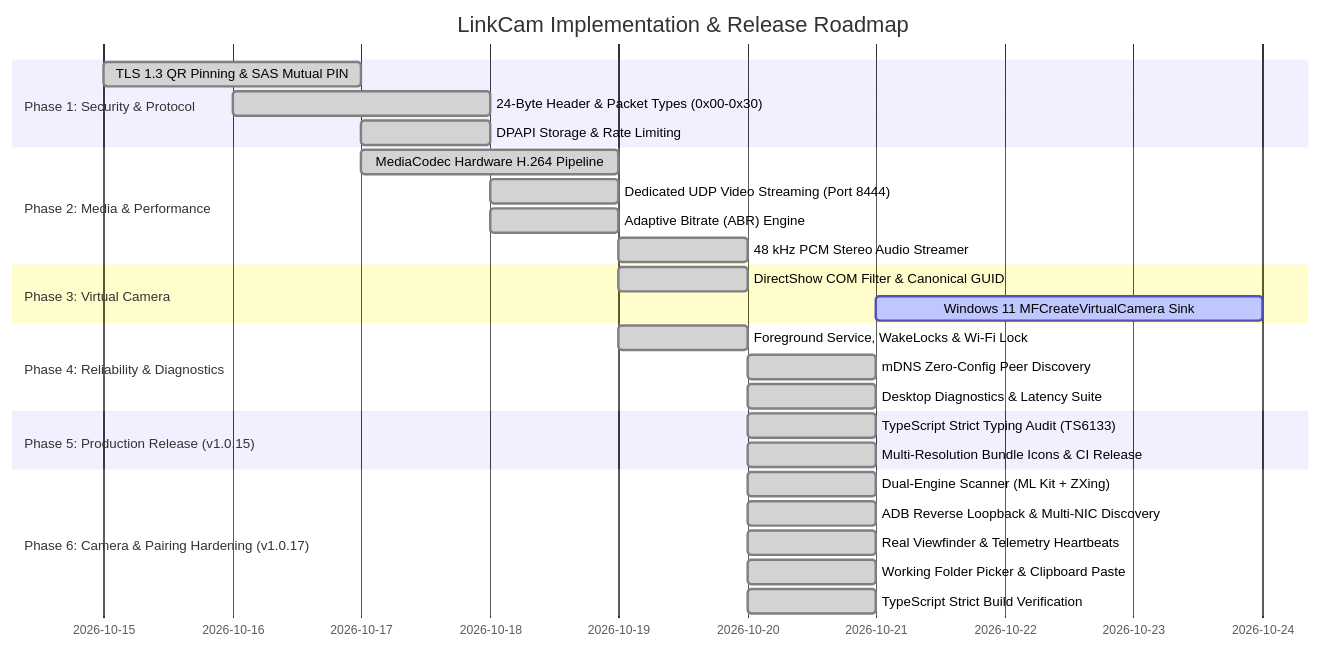
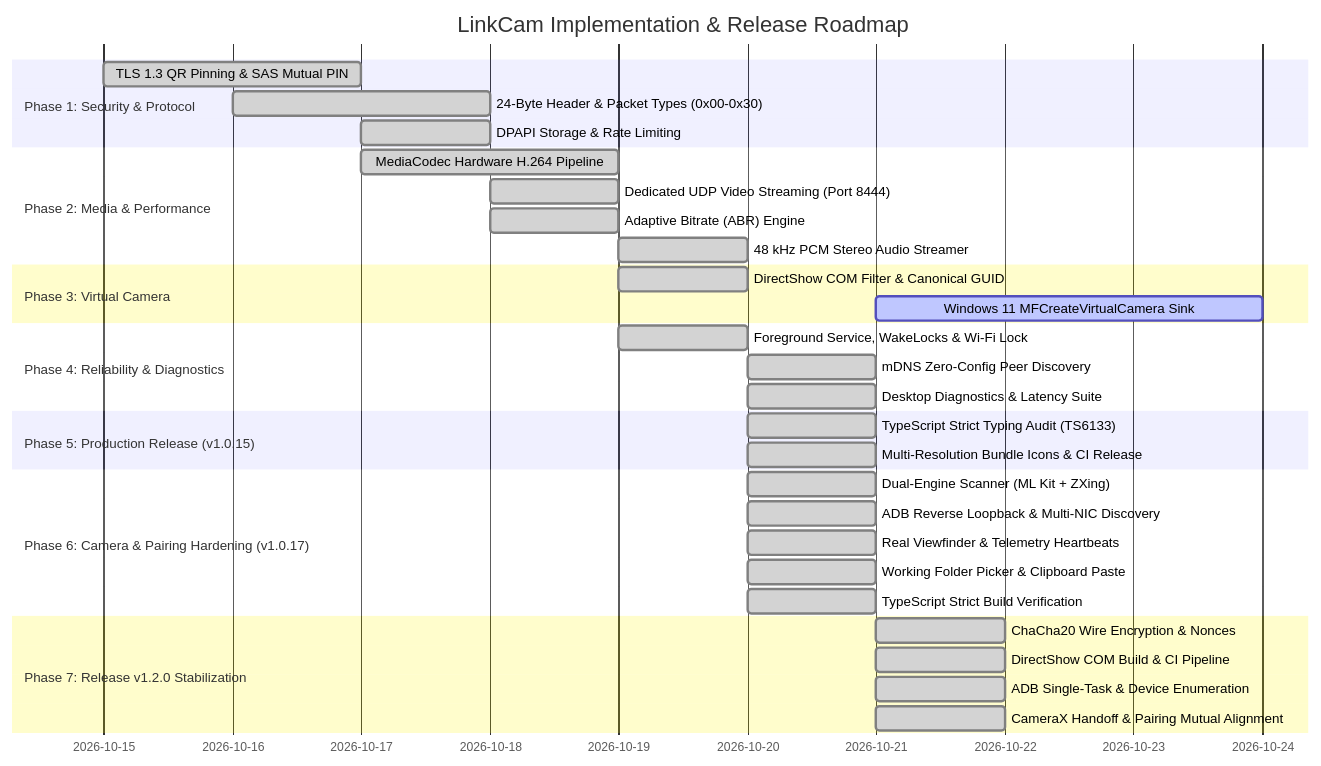
One commit to Aniketkumar-01/LinkCam changed the fifth of 5 diagrams in SYSTEM_ARCHITECTURE_AND_SPECIFICATION.md. Above: the diagram before and after it, drawn with Mermaid. The commit also changed other lines of this file and 9 other files, not shown here.

Commit message:
release: v1.2.0 - DirectShow COM filter build, signed Android release, and transport encryption

````diff
--- a/SYSTEM_ARCHITECTURE_AND_SPECIFICATION.md
+++ b/SYSTEM_ARCHITECTURE_AND_SPECIFICATION.md
@@ -628,30 +629,35 @@
 ```mermaid
 gantt
     title LinkCam Implementation & Release Roadmap
     dateFormat  YYYY-MM-DD
     section Phase 1: Security & Protocol
     TLS 1.3 QR Pinning & SAS Mutual PIN        :done, p1_1, 2026-10-15, 2d
     24-Byte Header & Packet Types (0x00-0x30)  :done, p1_2, 2026-10-16, 2d
     DPAPI Storage & Rate Limiting              :done, p1_3, 2026-10-17, 1d
     section Phase 2: Media & Performance
     MediaCodec Hardware H.264 Pipeline         :done, p2_1, 2026-10-17, 2d
     Dedicated UDP Video Streaming (Port 8444)  :done, p2_2, 2026-10-18, 1d
     Adaptive Bitrate (ABR) Engine              :done, p2_3, 2026-10-18, 1d
     48 kHz PCM Stereo Audio Streamer           :done, p2_4, 2026-10-19, 1d
     section Phase 3: Virtual Camera
     DirectShow COM Filter & Canonical GUID     :done, p3_1, 2026-10-19, 1d
     Windows 11 MFCreateVirtualCamera Sink      :active, p3_2, 2026-10-21, 3d
     section Phase 4: Reliability & Diagnostics
     Foreground Service, WakeLocks & Wi-Fi Lock :done, p4_1, 2026-10-19, 1d
     mDNS Zero-Config Peer Discovery            :done, p4_2, 2026-10-20, 1d
     Desktop Diagnostics & Latency Suite        :done, p4_3, 2026-10-20, 1d
     section Phase 5: Production Release (v1.0.15)
     TypeScript Strict Typing Audit (TS6133)    :done, p5_1, 2026-10-20, 1d
     Multi-Resolution Bundle Icons & CI Release :done, p5_2, 2026-10-20, 1d
     section Phase 6: Camera & Pairing Hardening (v1.0.17)
     Dual-Engine Scanner (ML Kit + ZXing)       :done, p6_1, 2026-10-20, 1d
     ADB Reverse Loopback & Multi-NIC Discovery :done, p6_2, 2026-10-20, 1d
     Real Viewfinder & Telemetry Heartbeats     :done, p6_3, 2026-10-20, 1d
     Working Folder Picker & Clipboard Paste    :done, p6_4, 2026-10-20, 1d
     TypeScript Strict Build Verification       :done, p6_5, 2026-10-20, 1d
+    section Phase 7: Release v1.2.0 Stabilization
+    ChaCha20 Wire Encryption & Nonces         :done, p7_1, 2026-10-21, 1d
+    DirectShow COM Build & CI Pipeline         :done, p7_2, 2026-10-21, 1d
+    ADB Single-Task & Device Enumeration       :done, p7_3, 2026-10-21, 1d
+    CameraX Handoff & Pairing Mutual Alignment :done, p7_4, 2026-10-21, 1d
 ```
````
